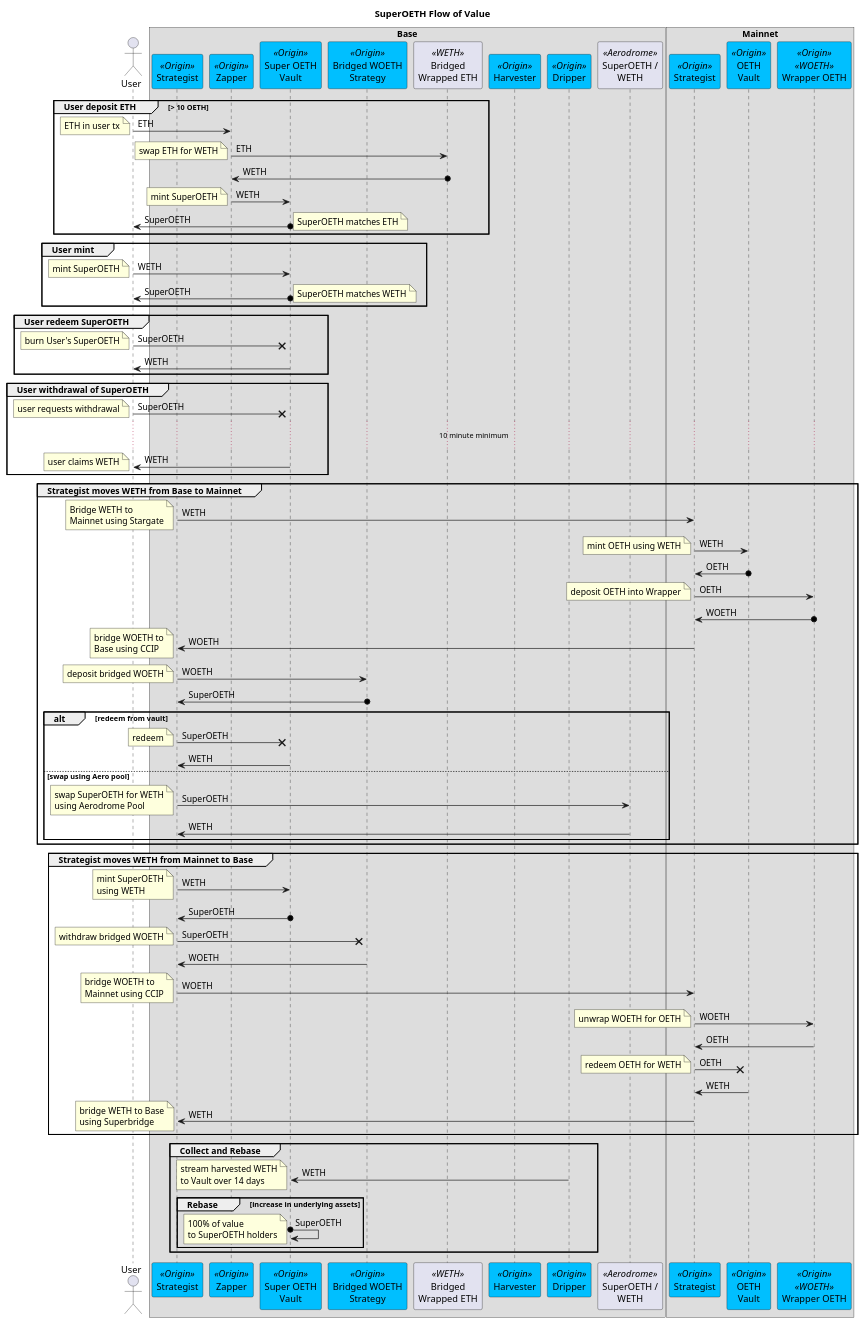
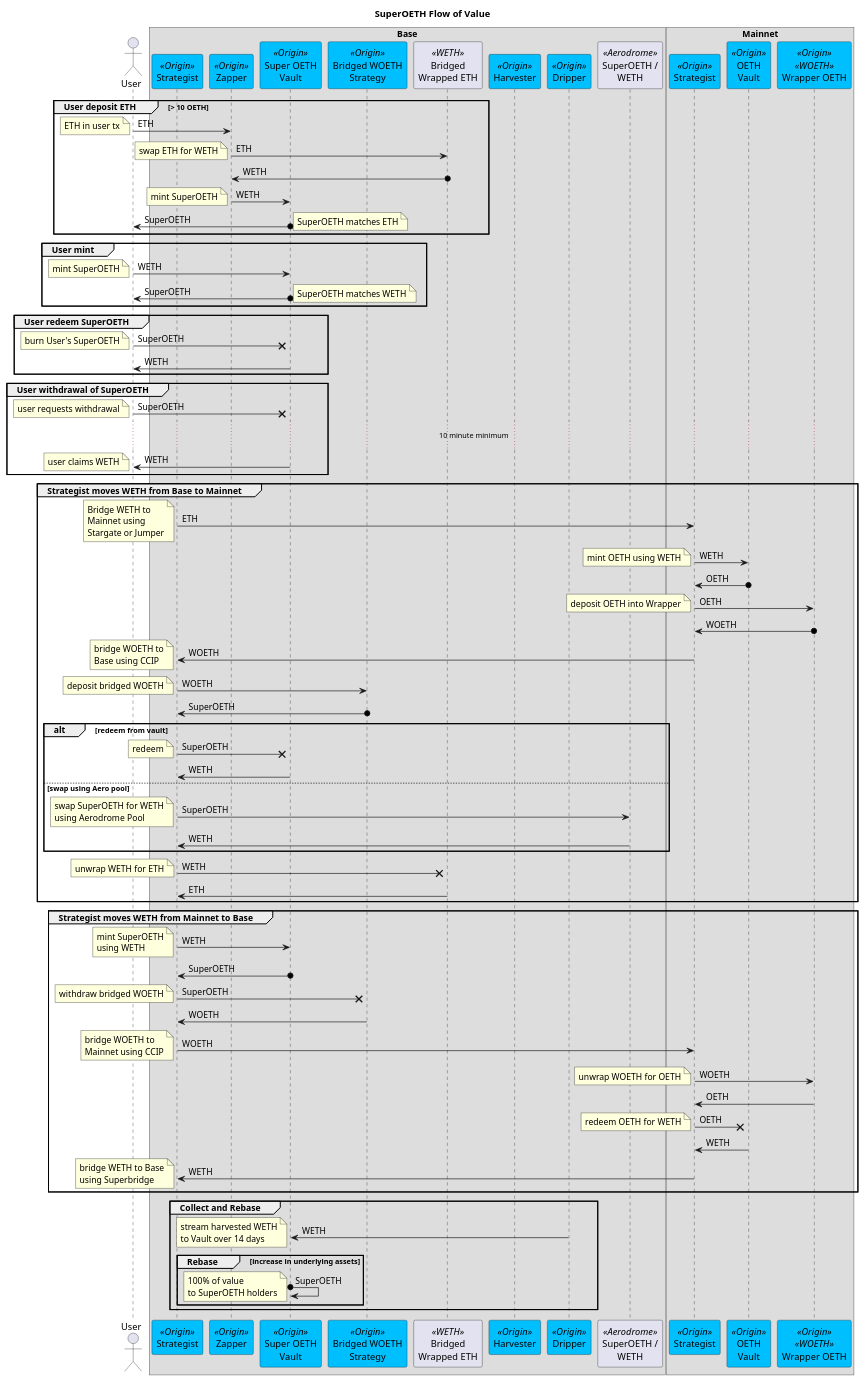
Before and after one commit to OriginProtocol/origin-dollar: the diagram in contracts/docs/plantuml/oethBaseValueFlows.puml, drawn with PlantUML. The commit also changed 2 other files, not shown here.

Commit message:
Updated the Base bridging flow

```diff
--- a/contracts/docs/plantuml/oethBaseValueFlows.puml
+++ b/contracts/docs/plantuml/oethBaseValueFlows.puml
@@ -1,153 +1,157 @@
 @startuml
 
 title "SuperOETH Flow of Value"
 
 actor "User" as user
 
 box Base
 participant "Strategist" as strategist <<Origin>> #DeepSkyBlue
 participant "Zapper" as zap <<Origin>> #DeepSkyBlue
 participant "Super OETH\nVault" as vault <<Origin>> #DeepSkyBlue
 participant "Bridged WOETH\nStrategy" as woethStrat <<Origin>> #DeepSkyBlue
 
 participant "Bridged\nWrapped ETH" as weth <<WETH>>
 participant "Harvester" as harv <<Origin>> #DeepSkyBlue
 participant "Dripper" as drip <<Origin>> #DeepSkyBlue
 
 participant "SuperOETH /\nWETH" as aeroPool <<Aerodrome>>
 end box
 
 box Mainnet
 participant "Strategist" as mainStrategist <<Origin>> #DeepSkyBlue
 participant "OETH\nVault" as mainVault <<Origin>> #DeepSkyBlue
 participant "Wrapper OETH" as woeth <<Origin>><<WOETH>> #DeepSkyBlue
 end box
 
 ' Deposit ETH via Zapper
 group User deposit ETH [> 10 OETH]
 user -> zap : ETH
 note left : ETH in user tx
 
 zap -> weth : ETH
 note left : swap ETH for WETH
 weth o-> zap : WETH
 
 ' vault o-> strategist : SuperOETH
 ' note left : 20% performance\nfee from rebase
 
 zap -> vault : WETH
 note left : mint SuperOETH
 
 vault o-> user : SuperOETH
 note right : SuperOETH matches ETH
 end
 
 ' Mint
 group User mint
 ' vault o-> strategist : OETH
 ' note left : 20% performance\nfee from rebase
 
 user -> vault : WETH
 note left : mint SuperOETH
 vault o-> user : SuperOETH
 note right : SuperOETH matches WETH
 end
 
 ' Redeem
 group User redeem SuperOETH
 ' vault o-> strategist : SuperOETH
 ' note left : 20% performance\nfee from rebase
 
 user -x vault : SuperOETH
 note left : burn User's SuperOETH
 
 vault -> user : WETH
 ' note right : 0.1% fee applied to redeemed assets.\nThis adds to the yield in the next rebase.
 end
 
 ' Withdraw
 group User withdrawal of SuperOETH
 ' vault o-> strategist : SuperOETH
 ' note left : 20% performance\nfee from rebase
 
 user -x vault : SuperOETH
 note left : user requests withdrawal
 
 ... 10 minute minimum ...
 
 vault -> user : WETH
 note left : user claims WETH
 end
 
 
 group Strategist moves WETH from Base to Mainnet
 
-strategist -> mainStrategist : WETH
-note left : Bridge WETH to\nMainnet using Stargate
+strategist -> mainStrategist : ETH
+note left : Bridge WETH to\nMainnet using\nStargate or Jumper
 
 mainStrategist -> mainVault : WETH
 note left : mint OETH using WETH
 mainVault o-> mainStrategist : OETH
 
 mainStrategist -> woeth : OETH
 note left : deposit OETH into Wrapper
 woeth o-> mainStrategist : WOETH
 
 mainStrategist -> strategist : WOETH
 note left : bridge WOETH to\nBase using CCIP
 
 strategist -> woethStrat : WOETH
 note left : deposit bridged WOETH
 woethStrat o-> strategist : SuperOETH
 
 alt redeem from vault
 strategist ->x vault : SuperOETH
 note left : redeem
 vault -> strategist : WETH
 else swap using Aero pool
 strategist -> aeroPool : SuperOETH
 note left : swap SuperOETH for WETH\nusing Aerodrome Pool
 aeroPool -> strategist : WETH
 end
+
+strategist ->x weth : WETH
+note left : unwrap WETH for ETH
+weth -> strategist : ETH
 end
 
 
 group Strategist moves WETH from Mainnet to Base
 
 strategist -> vault : WETH
 note left : mint SuperOETH\nusing WETH
 vault o-> strategist : SuperOETH
 
 strategist ->x woethStrat : SuperOETH
 note left : withdraw bridged WOETH
 woethStrat -> strategist : WOETH
 
 strategist -> mainStrategist : WOETH
 note left : bridge WOETH to\nMainnet using CCIP
 
 mainStrategist -> woeth : WOETH
 note left : unwrap WOETH for OETH
 woeth -> mainStrategist : OETH
 
 mainStrategist ->x mainVault : OETH
 note left : redeem OETH for WETH
 mainVault -> mainStrategist : WETH
 
 mainStrategist -> strategist : WETH
 note left : bridge WETH to Base\nusing Superbridge
 
 end
 
 ' Collect and Rebase
 group Collect and Rebase
 
 drip -> vault : WETH
 note left : stream harvested WETH\nto Vault over 14 days
 
 group Rebase [increase in underlying assets]
 vault o-> vault : SuperOETH
 note left : 100% of value\nto SuperOETH holders
 end 
 end
 
 @enduml
```
